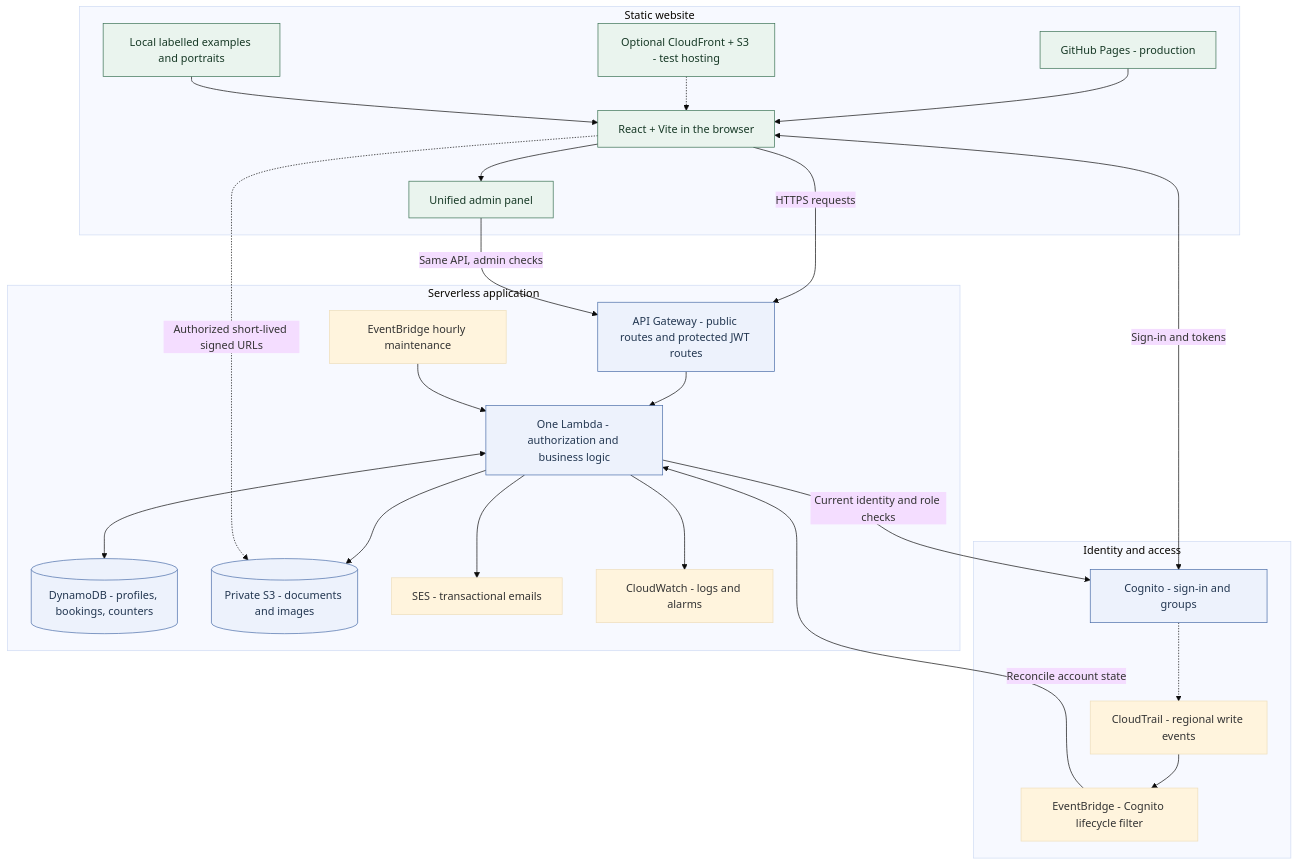
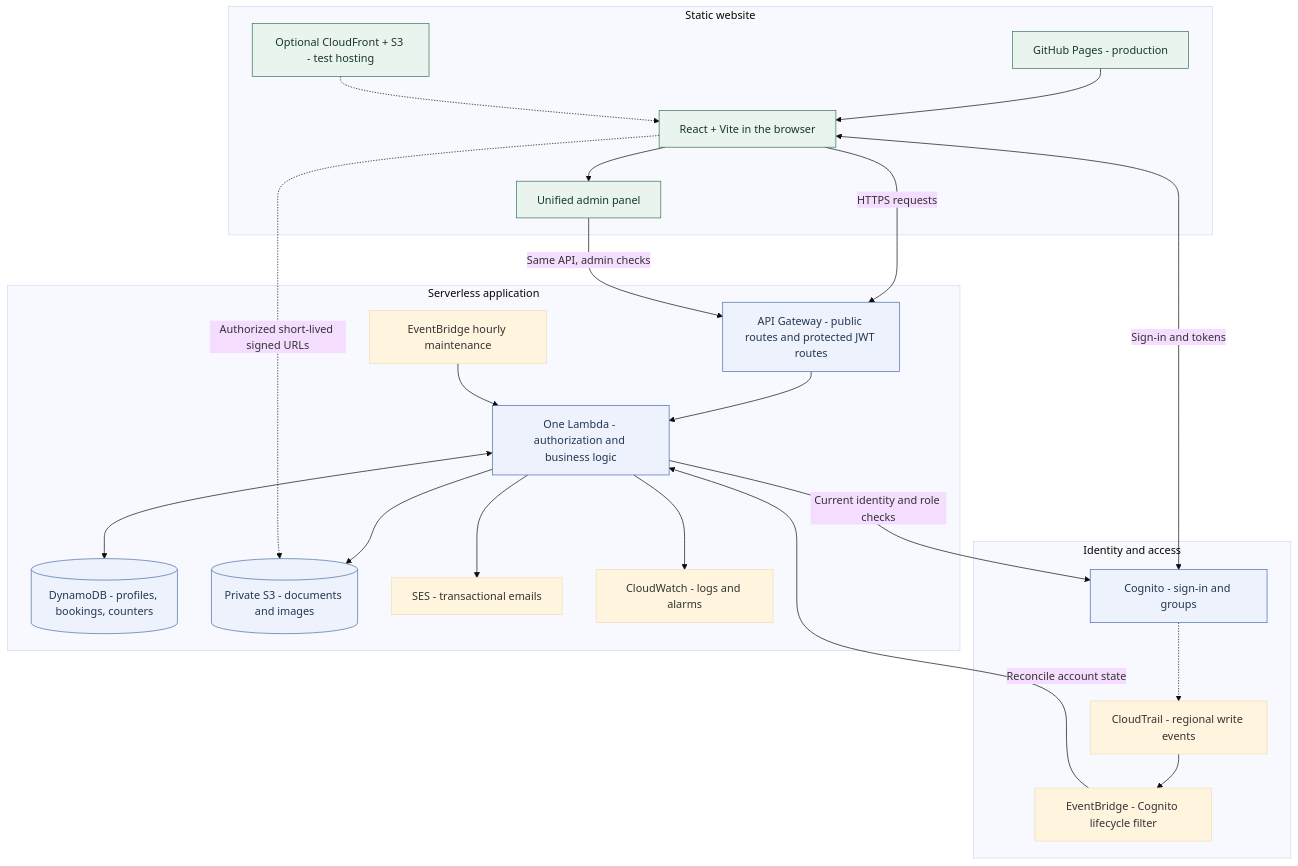
Before and after one commit to Bobsnadenica/growpoint.bg: the diagram in README.md, drawn with Mermaid (base theme). The commit also changed other lines of this file and 56 other files, not shown here.

````diff
--- a/README.md
+++ b/README.md
@@ -57,40 +57,39 @@
 ```mermaid
 flowchart TB
   subgraph Web[Static website]
     GH[GitHub Pages - production] --> SPA[React + Vite in the browser]
     CF[Optional CloudFront + S3 - test hosting] -.-> SPA
-    EX[Local labelled examples and portraits] --> SPA
     SPA --> ADMIN[Unified admin panel]
   end
   subgraph Identity[Identity and access]
     C[Cognito - sign-in and groups]
     CT[CloudTrail - regional write events]
     EV[EventBridge - Cognito lifecycle filter]
     C -.-> CT --> EV
   end
   subgraph Backend[Serverless application]
     API[API Gateway - public routes and protected JWT routes]
     L[One Lambda - authorization and business logic]
     D[(DynamoDB - profiles, bookings, counters)]
     S[(Private S3 - documents and images)]
     E[SES - transactional emails]
     JOB[EventBridge hourly maintenance]
     CW[CloudWatch - logs and alarms]
     API --> L
     L <--> D
     L --> S
     L --> E
     L --> CW
     JOB --> L
   end
   SPA <-->|Sign-in and tokens| C
   SPA -->|HTTPS requests| API
   ADMIN -->|Same API, admin checks| API
   L -->|Current identity and role checks| C
   EV -->|Reconcile account state| L
   SPA -.->|Authorized short-lived signed URLs| S
   classDef static fill:#eaf4ee,stroke:#387052,color:#173926
   classDef secure fill:#edf2fc,stroke:#496ca8,color:#233751
-  class SPA,GH,CF,EX,ADMIN static
+  class SPA,GH,CF,ADMIN static
   class C,API,L,D,S secure
 ```
````
